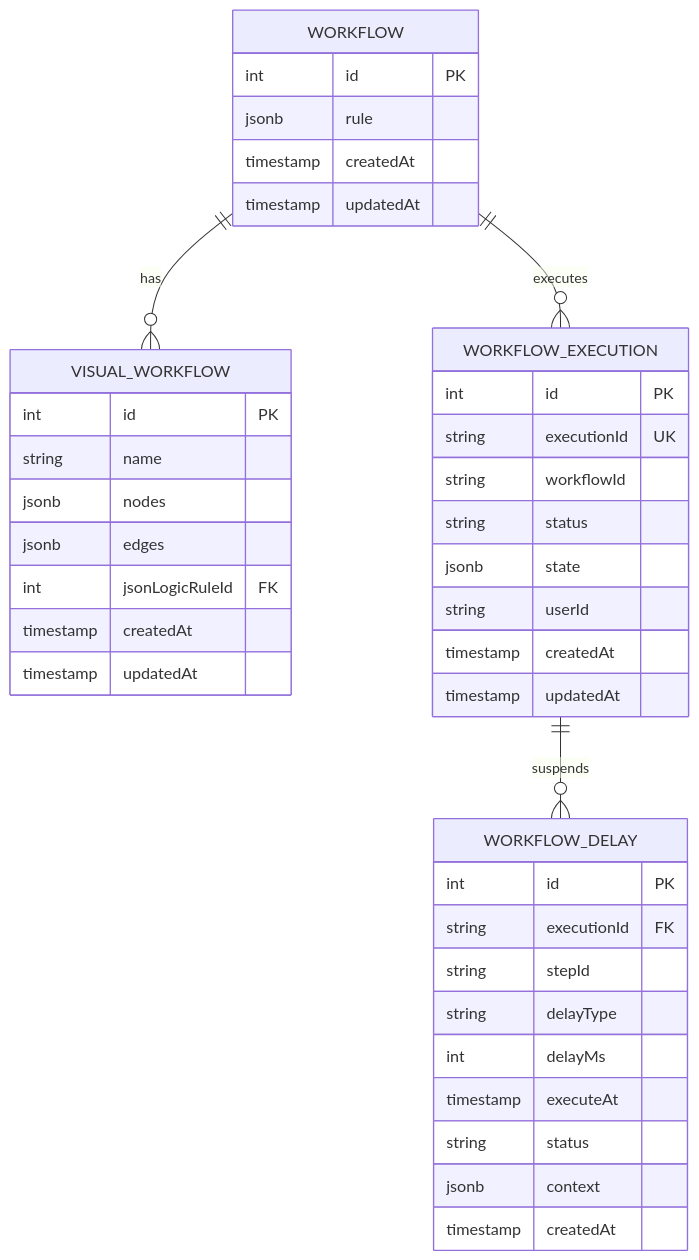
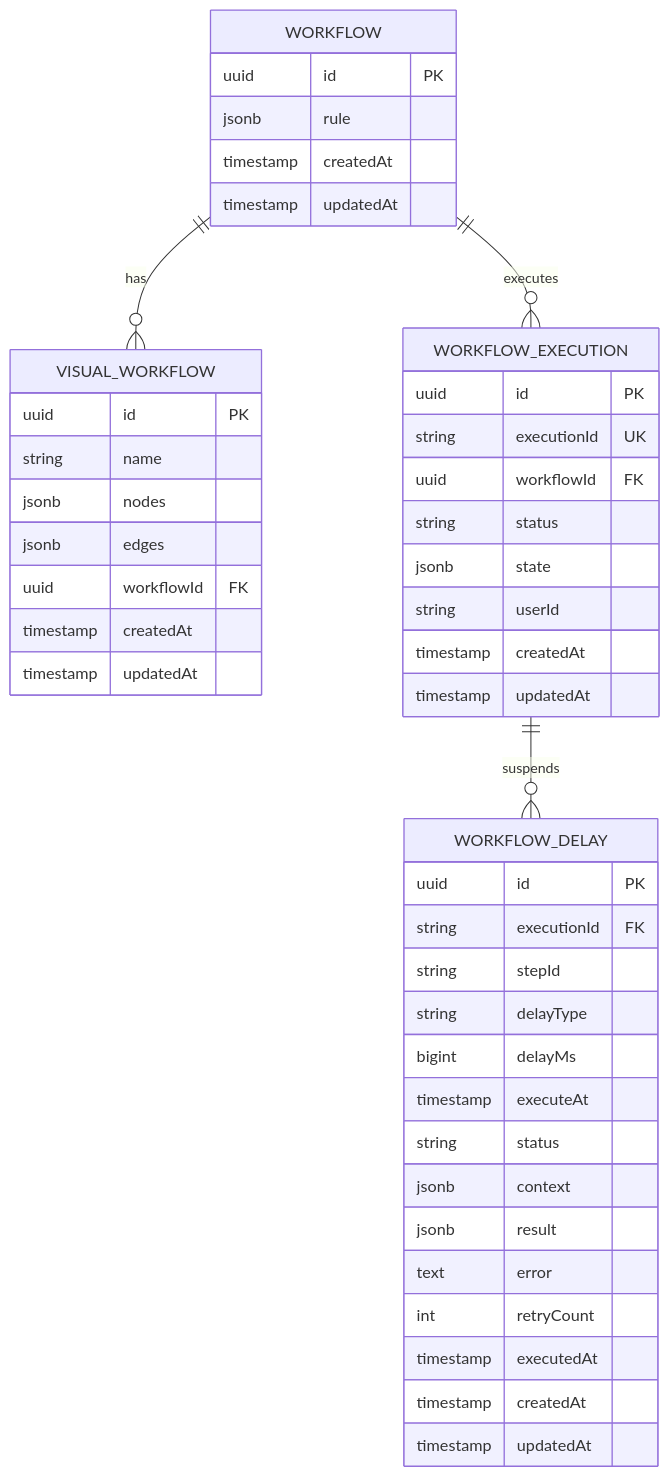
Before and after one commit to mdasrafkhan/workflow-me: the third of 6 diagrams in README.md, drawn with Mermaid. The commit also changed other lines of this file and 38 other files, not shown here.

Commit message:
Implement UUID-based architecture and enhance workflow management - Transitioned the system to use UUIDs for all primary and foreign key relationships, improving data integrity and scalability.

````diff
--- a/README.md
+++ b/README.md
@@ -135,46 +136,51 @@
 ```mermaid
 erDiagram
     WORKFLOW ||--o{ VISUAL_WORKFLOW : "has"
     WORKFLOW ||--o{ WORKFLOW_EXECUTION : "executes"
     WORKFLOW_EXECUTION ||--o{ WORKFLOW_DELAY : "suspends"
 
     WORKFLOW {
-        int id PK
+        uuid id PK
         jsonb rule
         timestamp createdAt
         timestamp updatedAt
     }
 
     VISUAL_WORKFLOW {
-        int id PK
+        uuid id PK
         string name
         jsonb nodes
         jsonb edges
-        int jsonLogicRuleId FK
+        uuid workflowId FK
         timestamp createdAt
         timestamp updatedAt
     }
 
     WORKFLOW_EXECUTION {
-        int id PK
+        uuid id PK
         string executionId UK
-        string workflowId
+        uuid workflowId FK
         string status
         jsonb state
         string userId
         timestamp createdAt
         timestamp updatedAt
     }
 
     WORKFLOW_DELAY {
-        int id PK
+        uuid id PK
         string executionId FK
         string stepId
         string delayType
-        int delayMs
+        bigint delayMs
         timestamp executeAt
         string status
         jsonb context
+        jsonb result
+        text error
+        int retryCount
+        timestamp executedAt
         timestamp createdAt
+        timestamp updatedAt
     }
 ```
````
